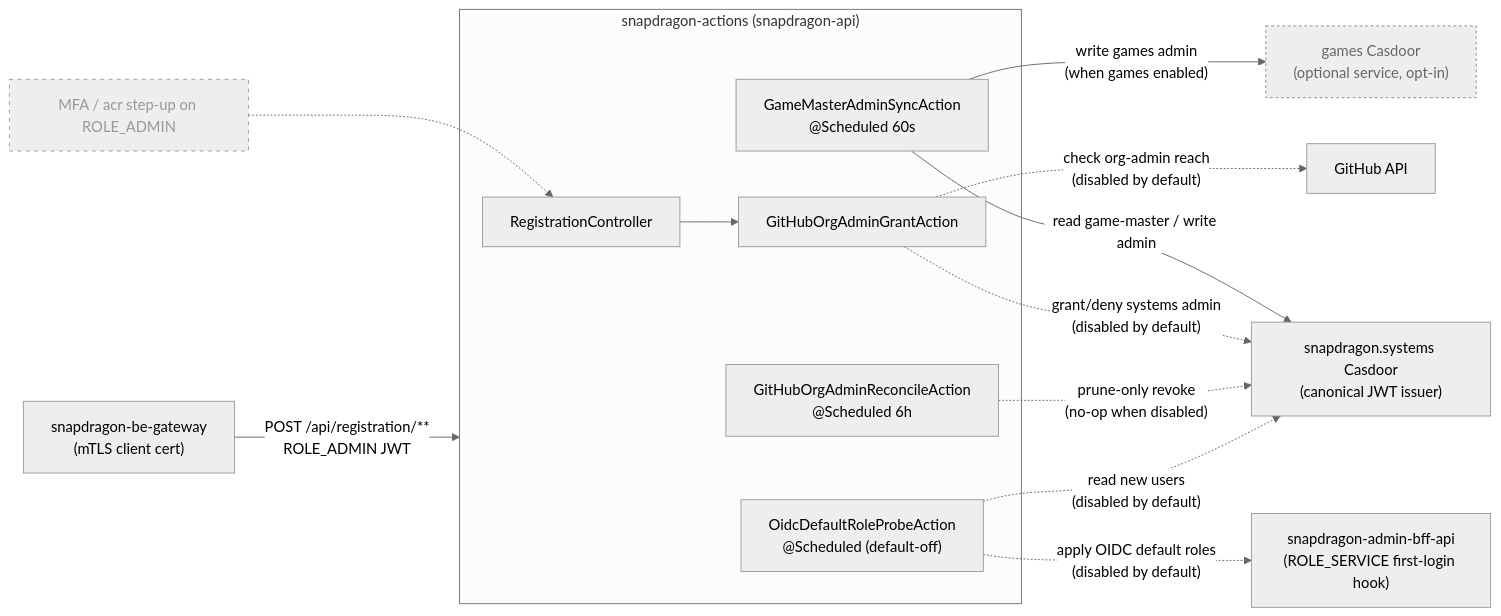
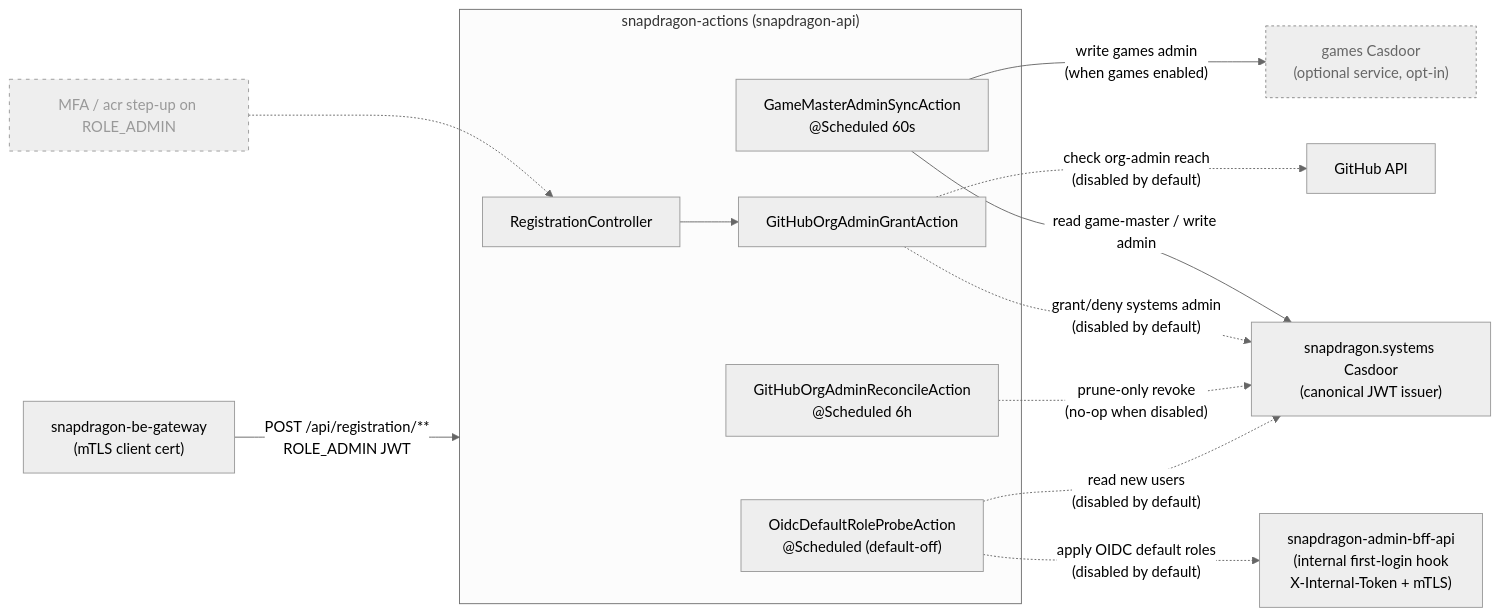
One commit to hugmesh/hugmesh-actions changed the diagram in README.md. Above: the diagram before and after it, drawn with Mermaid (neutral theme). The commit also changed other lines of this file, not shown here.

First line of the commit message:
docs(readme): sync to merged reality (OIDC internal-surface auth, aspectjweaver, admin-bff breaker) (#31)

````diff
--- a/README.md
+++ b/README.md
@@ -30,32 +30,32 @@
 ```mermaid
 flowchart LR
     GW["snapdragon-be-gateway<br/>(mTLS client cert)"] -->|"POST /api/registration/**<br/>ROLE_ADMIN JWT"| API
 
     subgraph API["snapdragon-actions (snapdragon-api)"]
         RC["RegistrationController"]
         GM["GameMasterAdminSyncAction<br/>@Scheduled 60s"]
         REV["GitHubOrgAdminReconcileAction<br/>@Scheduled 6h"]
         GHA["GitHubOrgAdminGrantAction"]
         OIDC["OidcDefaultRoleProbeAction<br/>@Scheduled (default-off)"]
         RC --> GHA
     end
 
     SC["snapdragon.systems Casdoor<br/>(canonical JWT issuer)"]
     GC["games Casdoor<br/>(optional service, opt-in)"]:::optional
     GH["GitHub API"]
-    BFF["snapdragon-admin-bff-api<br/>(ROLE_SERVICE first-login hook)"]
+    BFF["snapdragon-admin-bff-api<br/>(internal first-login hook<br/>X-Internal-Token + mTLS)"]
 
     GM -->|"read game-master / write admin"| SC
     GM -->|"write games admin<br/>(when games enabled)"| GC
     GHA -.->|"grant/deny systems admin<br/>(disabled by default)"| SC
     GHA -.->|"check org-admin reach<br/>(disabled by default)"| GH
     REV -.->|"prune-only revoke<br/>(no-op when disabled)"| SC
     OIDC -.->|"read new users<br/>(disabled by default)"| SC
     OIDC -.->|"apply OIDC default roles<br/>(disabled by default)"| BFF
 
     MFA["MFA / acr step-up on ROLE_ADMIN"]:::planned
     MFA -.-> RC
 
     classDef planned stroke-dasharray:4 5,stroke:#999,color:#999
     classDef optional stroke-dasharray:3 3,stroke:#888,color:#666
 ```
````
